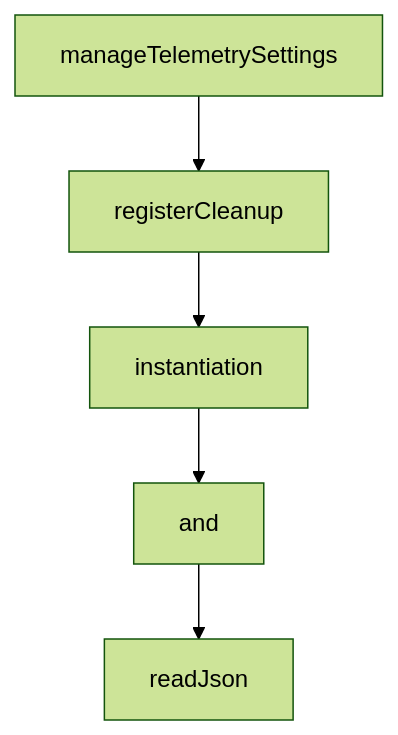
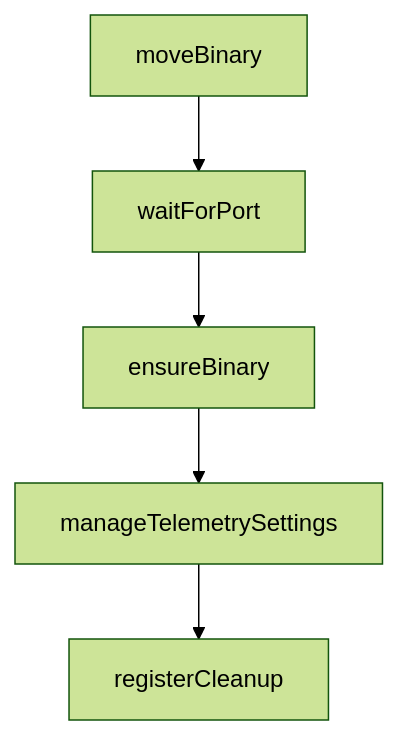
One commit to johnxie/awesome-code-docs changed the diagram in tutorials/gemini-cli-tutorial/03-authentication-and-model-access-strategy.md. Above: the diagram before and after it, drawn with Mermaid (forest theme). The commit also changed other lines of this file and 1232 other files, not shown here.

````diff
--- a/tutorials/gemini-cli-tutorial/03-authentication-and-model-access-strategy.md
+++ b/tutorials/gemini-cli-tutorial/03-authentication-and-model-access-strategy.md
@@ -241,12 +239,12 @@
 ```mermaid
 flowchart TD
-    A[manageTelemetrySettings]
-    B[registerCleanup]
-    C[instantiation]
-    D[and]
-    E[readJson]
+    A[moveBinary]
+    B[waitForPort]
+    C[ensureBinary]
+    D[manageTelemetrySettings]
+    E[registerCleanup]
     A --> B
     B --> C
     C --> D
     D --> E
 ```
````
